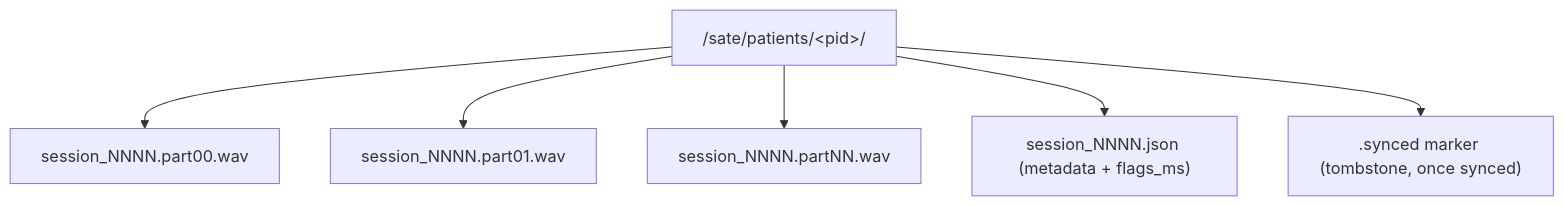
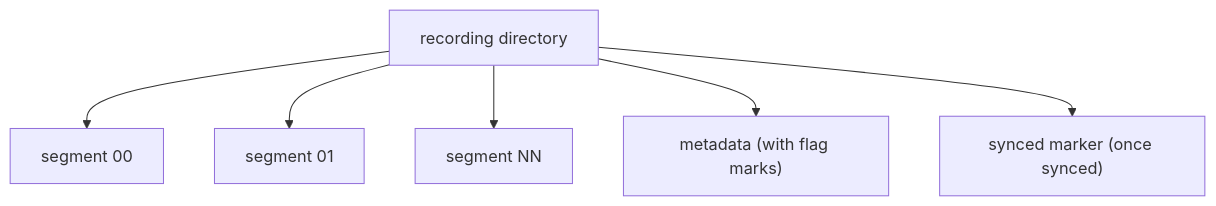
Before and after one commit to Longcao24/sate-companion: the fifth of 7 diagrams in docs-site/docs/guides/recorder.md, drawn with Mermaid. The commit also changed other lines of this file and 17 other files, not shown here.

First line of the commit message:
docs-site: generalize published docs + add system-overview diagram

````diff
--- a/docs-site/docs/guides/recorder.md
+++ b/docs-site/docs/guides/recorder.md
@@ -420,8 +314,8 @@
 ```mermaid
 flowchart TD
-    DIR["/sate/patients/&lt;pid&gt;/"] --> P0["session_NNNN.part00.wav"]
-    DIR --> P1["session_NNNN.part01.wav"]
-    DIR --> PN["session_NNNN.partNN.wav"]
-    DIR --> J["session_NNNN.json (metadata + flags_ms)"]
-    DIR --> S[".synced marker (tombstone, once synced)"]
+    DIR["recording directory"] --> P0["segment 00"]
+    DIR --> P1["segment 01"]
+    DIR --> PN["segment NN"]
+    DIR --> J["metadata (with flag marks)"]
+    DIR --> S["synced marker (once synced)"]
 ```
````
